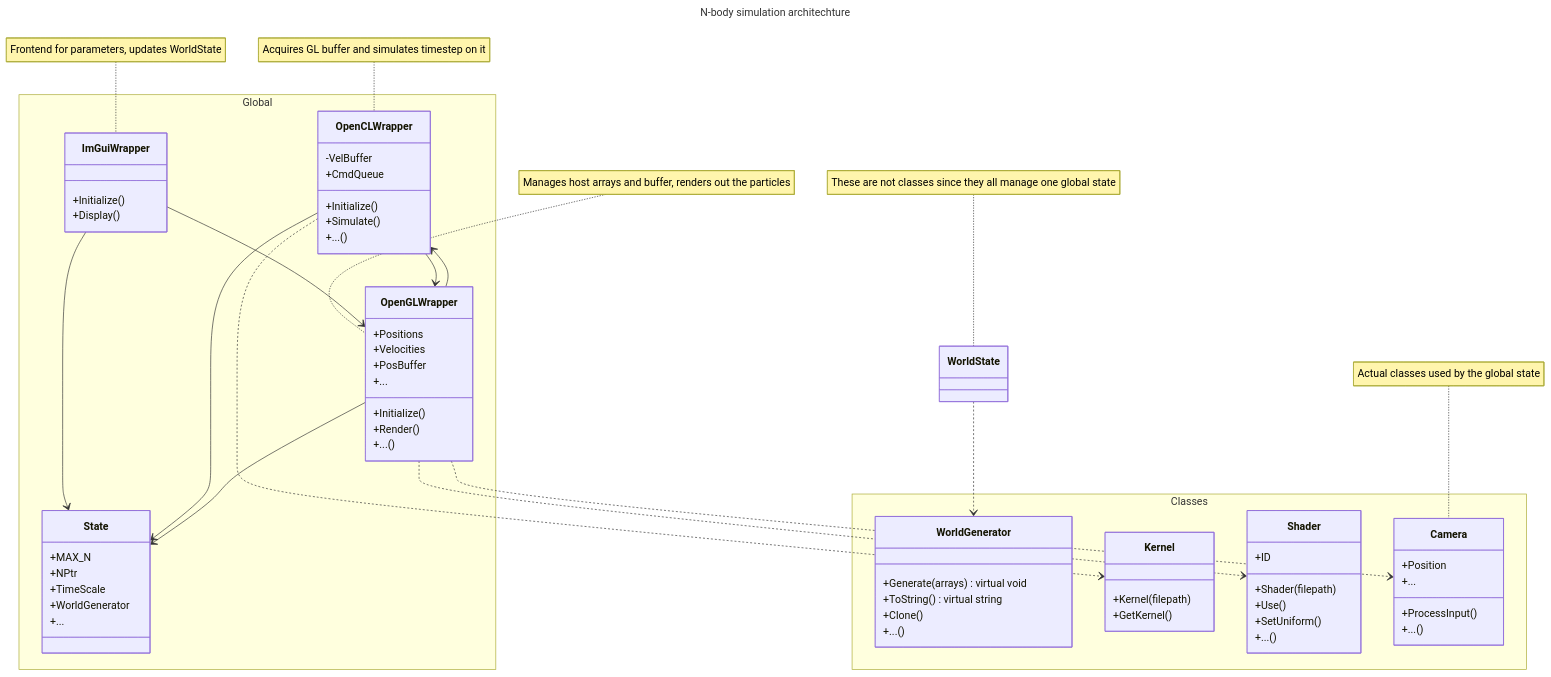
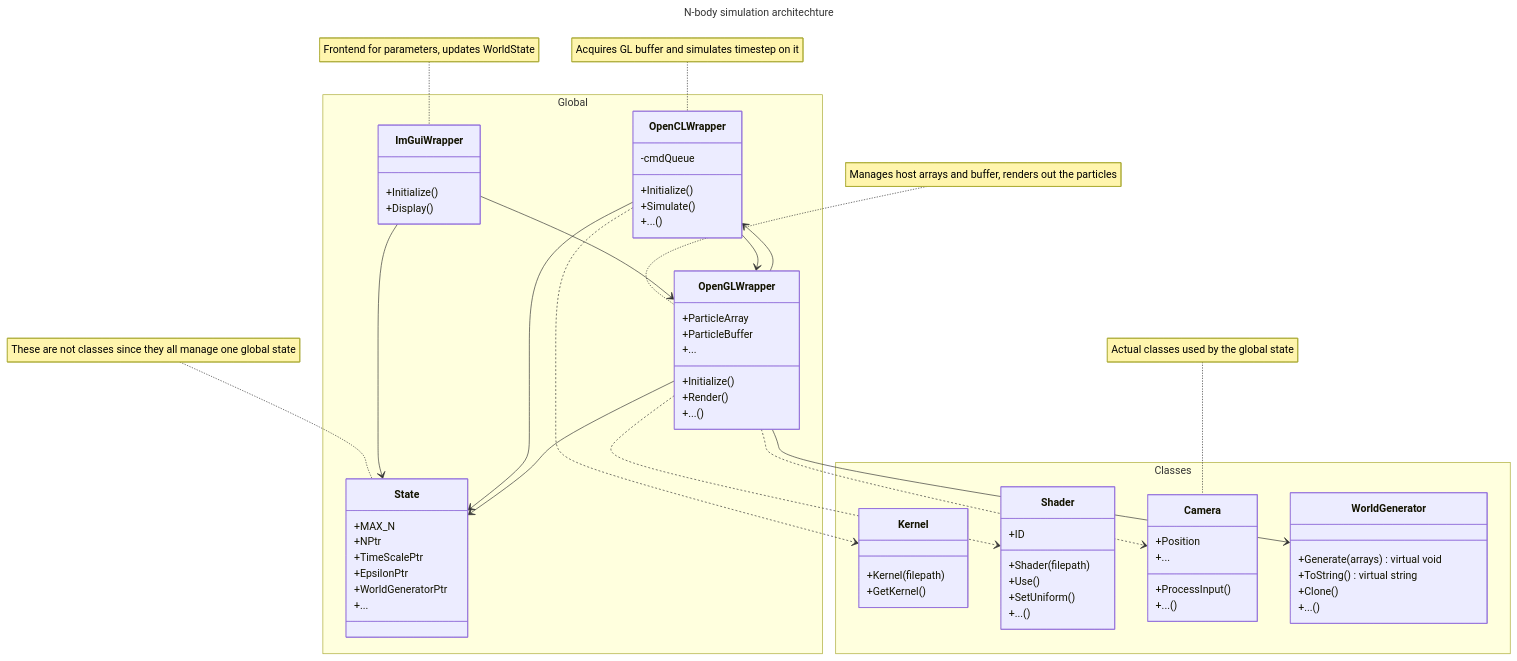
Before and after one commit to 22ms/n-body-sim: the diagram in README.md, drawn with Mermaid. The commit also changed 3 other files, not shown here.

Commit message:
Update readme, update initial config, update diagram

````diff
--- a/README.md
+++ b/README.md
@@ -93,79 +93,78 @@
 ```mermaid
 ---
 title: N-body simulation architechture
 ---
 classDiagram
-note for WorldState "These are not classes since they all manage one global state"
+note for State "These are not classes since they all manage one global state"
 note for Camera "Actual classes used by the global state"
 note for OpenCLWrapper "Acquires GL buffer and simulates timestep on it"
 note for OpenGLWrapper "Manages host arrays and buffer, renders out the particles"
 note for ImGuiWrapper "Frontend for parameters, updates WorldState"
 
-WorldState..>WorldGenerator
 OpenCLWrapper..>Kernel
 OpenGLWrapper..>Shader
 OpenGLWrapper..>Camera
 
 ImGuiWrapper-->OpenGLWrapper
 OpenCLWrapper-->OpenGLWrapper
 OpenGLWrapper-->OpenCLWrapper
+OpenGLWrapper-->WorldGenerator
 
 ImGuiWrapper-->State
 OpenCLWrapper-->State
 OpenGLWrapper-->State
 namespace Global {
   class State {
     +MAX_N
     +NPtr
-    +TimeScale
-    +WorldGenerator
+    +TimeScalePtr
+    +EpsilonPtr
+    +WorldGeneratorPtr
     +...
   }
   class OpenGLWrapper {
-    +Positions
-    +Velocities
-    +PosBuffer
+    +ParticleArray
+    +ParticleBuffer
     +...
     +Initialize()
     +Render()
     +...()
   }
   class OpenCLWrapper {
-    -VelBuffer
-    +CmdQueue
+    -cmdQueue
     +Initialize()
     +Simulate()
     +...()
   }
   class ImGuiWrapper {
     +Initialize()
     +Display()
   }
 }
 namespace Classes {
   class Shader {
     +ID
     +Shader(filepath)
     +Use()
     +SetUniform()
     +...()
   }
   class Camera {
     +Position
     +...
     +ProcessInput()
     +...()
   }
   class Kernel {
     +Kernel(filepath)
     +GetKernel()
   }
   class WorldGenerator {
     +Generate(arrays) virtual void
     +ToString() virtual string
     +Clone()
     +...()
   }
 }
 
 ```
````
